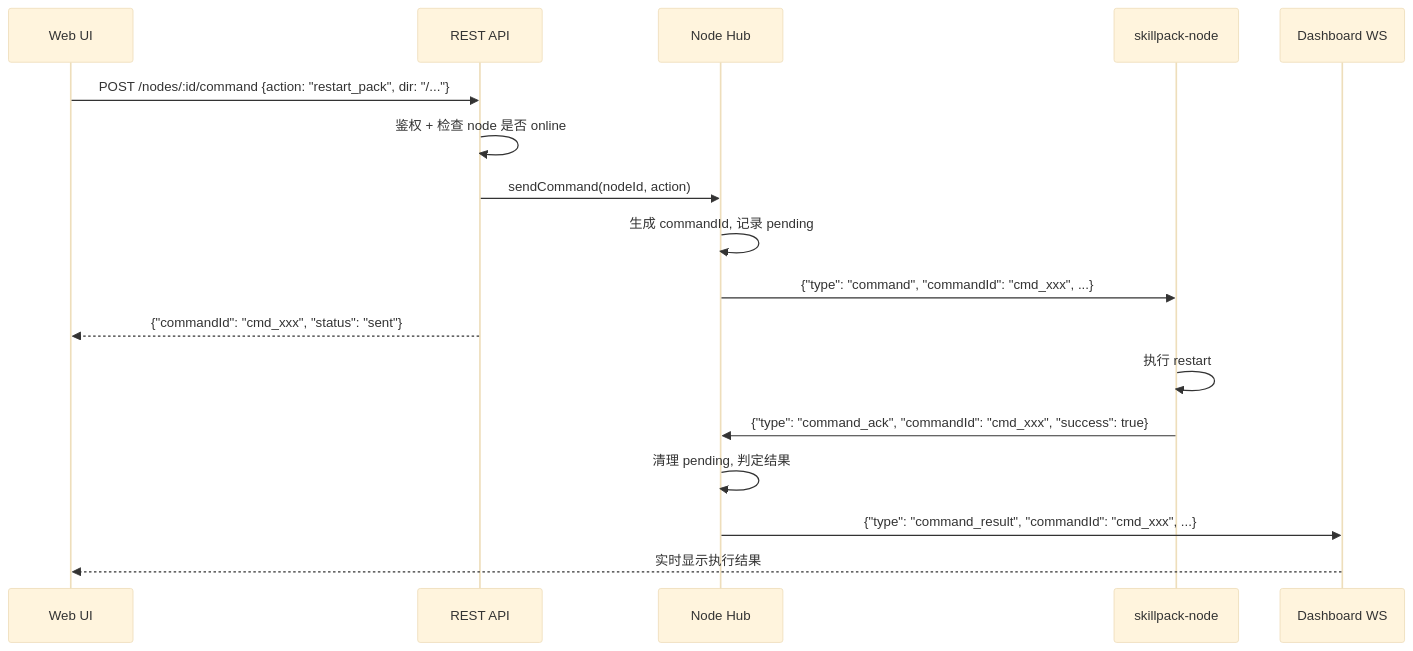
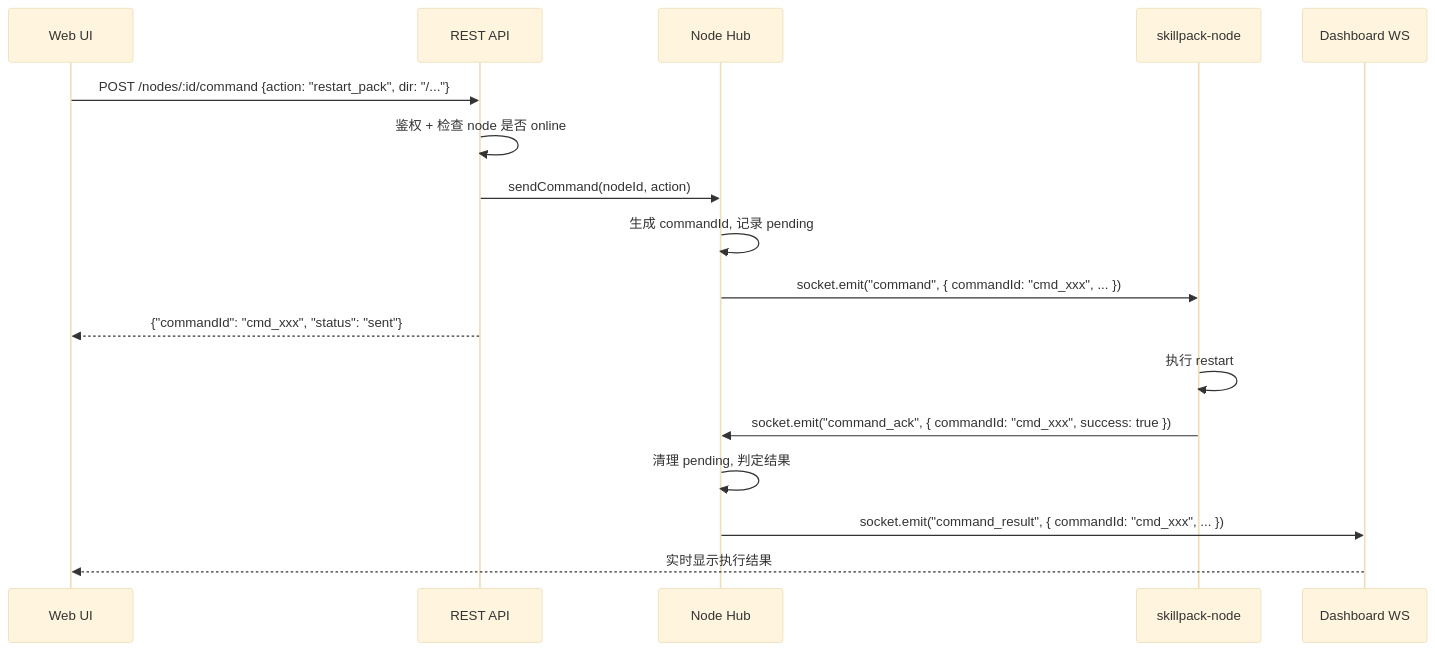
Before and after one commit to CreminiAI/skillpack: the fourth of 5 diagrams in docs/todo/enterprise_dashboard_plan.md, drawn with Mermaid (base theme). The commit also changed other lines of this file and 3 other files, not shown here.

````diff
--- a/docs/todo/enterprise_dashboard_plan.md
+++ b/docs/todo/enterprise_dashboard_plan.md
@@ -561,21 +532,21 @@
 ```mermaid
 sequenceDiagram
     participant UI as Web UI
     participant API as REST API
     participant Hub as Node Hub
     participant Node as skillpack-node
     participant WS2 as Dashboard WS
 
     UI->>API: POST /nodes/:id/command {action: "restart_pack", dir: "/..."}
     API->>API: 鉴权 + 检查 node 是否 online
     API->>Hub: sendCommand(nodeId, action)
     Hub->>Hub: 生成 commandId, 记录 pending
-    Hub->>Node: {"type": "command", "commandId": "cmd_xxx", ...}
+    Hub->>Node: socket.emit("command", { commandId: "cmd_xxx", ... })
     API-->>UI: {"commandId": "cmd_xxx", "status": "sent"}
 
     Node->>Node: 执行 restart
-    Node->>Hub: {"type": "command_ack", "commandId": "cmd_xxx", "success": true}
+    Node->>Hub: socket.emit("command_ack", { commandId: "cmd_xxx", success: true })
     Hub->>Hub: 清理 pending, 判定结果
-    Hub->>WS2: {"type": "command_result", "commandId": "cmd_xxx", ...}
+    Hub->>WS2: socket.emit("command_result", { commandId: "cmd_xxx", ... })
     WS2-->>UI: 实时显示执行结果
 ```
````
